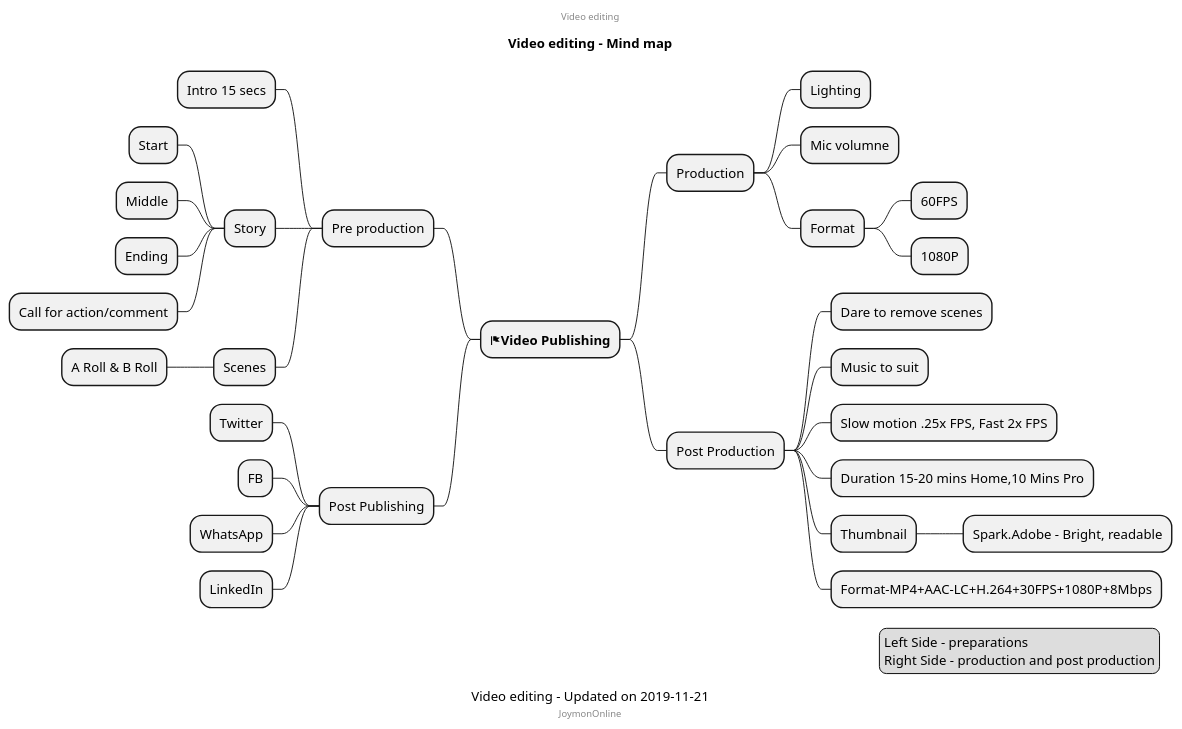
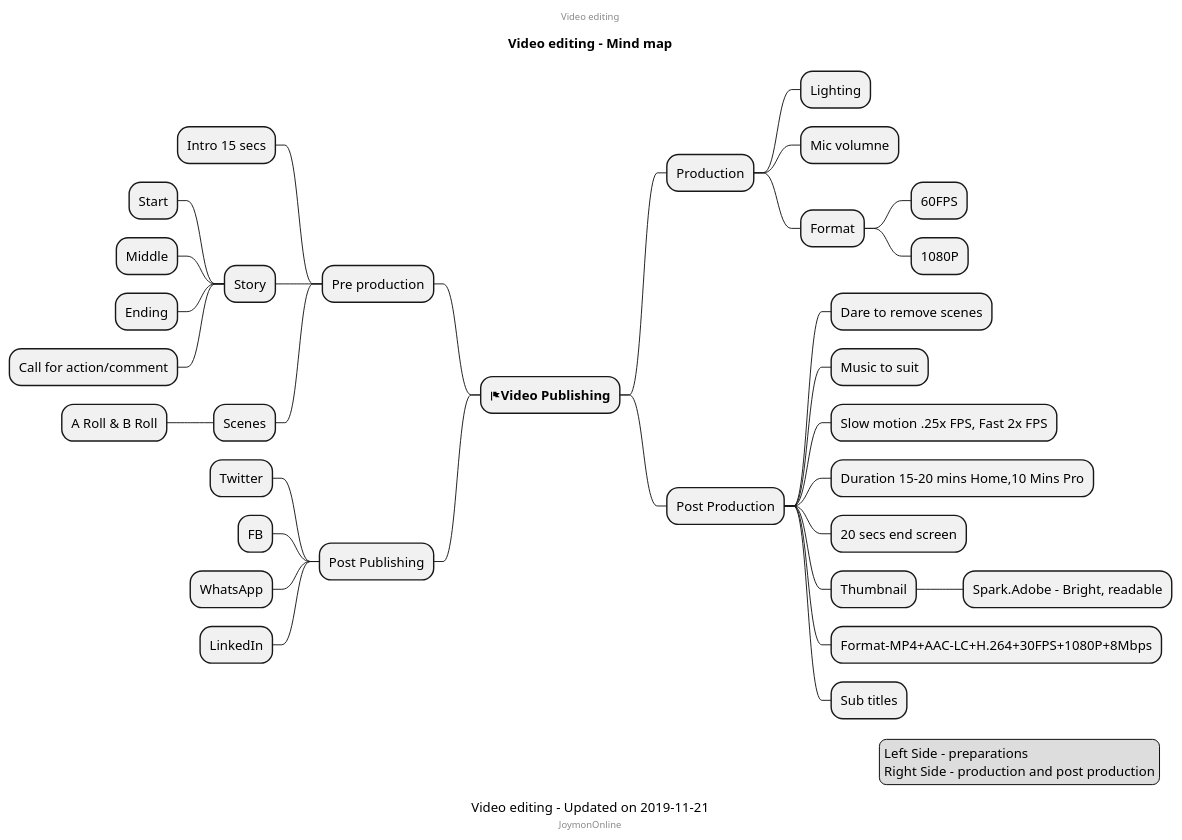
One commit to mind-maps/technology changed the diagram in media/video/publishing.puml. Above: the diagram before and after it, drawn with PlantUML. The commit also changed 1 other file, not shown here.

```diff
--- a/media/video/publishing.puml
+++ b/media/video/publishing.puml
@@ -1,46 +1,47 @@
 @startmindmap
 caption Video editing - Updated on 2019-11-21
 title Video editing - Mind map
 center header
 Video editing
 endheader
 
 * <&flag><b>Video Publishing</b>
 ** Production
 *** Lighting
 *** Mic volumne
 *** Format
 **** 60FPS
 **** 1080P
 ** Post Production
 *** Dare to remove scenes
 *** Music to suit
 *** Slow motion .25x FPS, Fast 2x FPS
 *** Duration 15-20 mins Home,10 Mins Pro
+*** 20 secs end screen
 *** Thumbnail
 **** Spark.Adobe - Bright, readable
 *** Format-MP4+AAC-LC+H.264+30FPS+1080P+8Mbps
-
+*** Sub titles
 left side
 ** Pre production
 *** Intro 15 secs
 *** Story
 **** Start
 **** Middle
 **** Ending
 ****  Call for action/comment
 *** Scenes
 **** A Roll & B Roll
 ** Post Publishing
 *** Twitter
 *** FB
 *** WhatsApp
 *** LinkedIn
 
 center footer JoymonOnline
 
 legend right
   Left Side - preparations
   Right Side - production and post production
 endlegend
 @endmindmap
```
